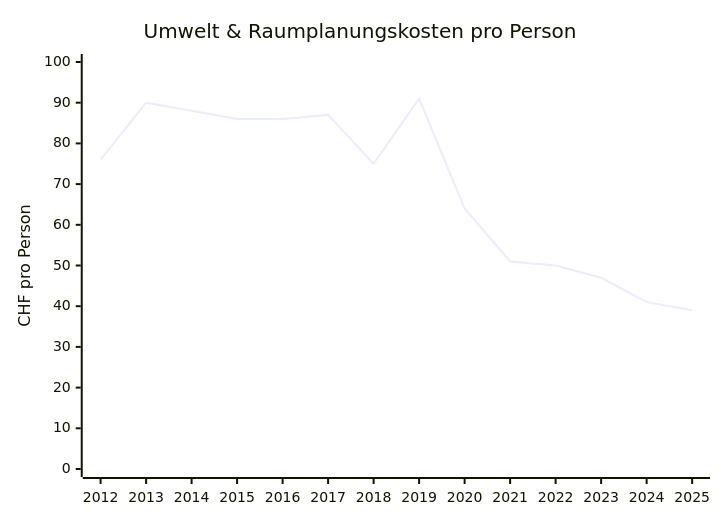
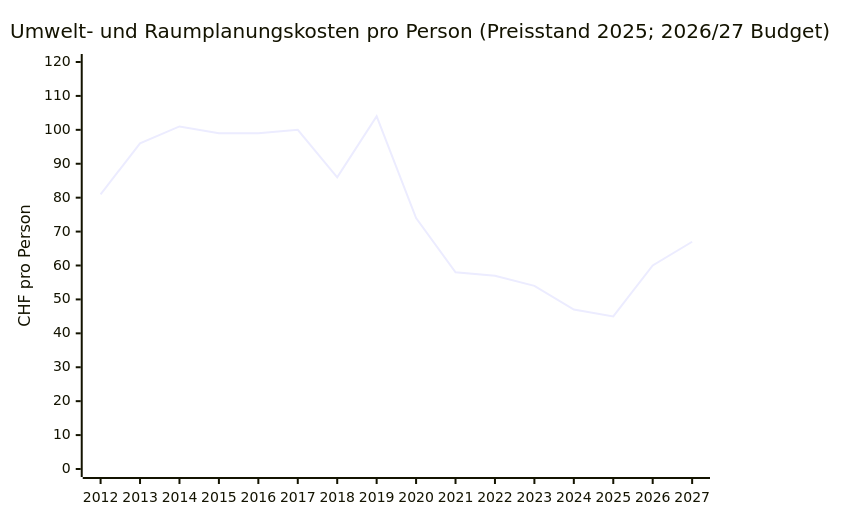
The ninth of 14 diagrams in docs/politik/finanzen-beringen.de.md (risajef/risajef.github.io), drawn with Mermaid before and after one commit. The commit also changed other lines of this file and 1 other file, not shown here.

````diff
--- a/docs/politik/finanzen-beringen.de.md
+++ b/docs/politik/finanzen-beringen.de.md
@@ -128,7 +153,7 @@
 ```mermaid
 xychart
-title "Umwelt & Raumplanungskosten pro Person"
-x-axis [2012, 2013, 2014, 2015, 2016, 2017, 2018, 2019, 2020, 2021, 2022, 2023, 2024, 2025]
-y-axis "CHF pro Person" 0 --> 100
-line [76, 90, 88, 86, 86, 87, 75, 91, 64, 51, 50, 47, 41, 39]
+title "Umwelt- und Raumplanungskosten pro Person (Preisstand 2025; 2026/27 Budget)"
+x-axis [2012, 2013, 2014, 2015, 2016, 2017, 2018, 2019, 2020, 2021, 2022, 2023, 2024, 2025, 2026, 2027]
+y-axis "CHF pro Person" 0 --> 120
+line [81, 96, 101, 99, 99, 100, 86, 104, 74, 58, 57, 54, 47, 45, 60, 67]
 ```
````
